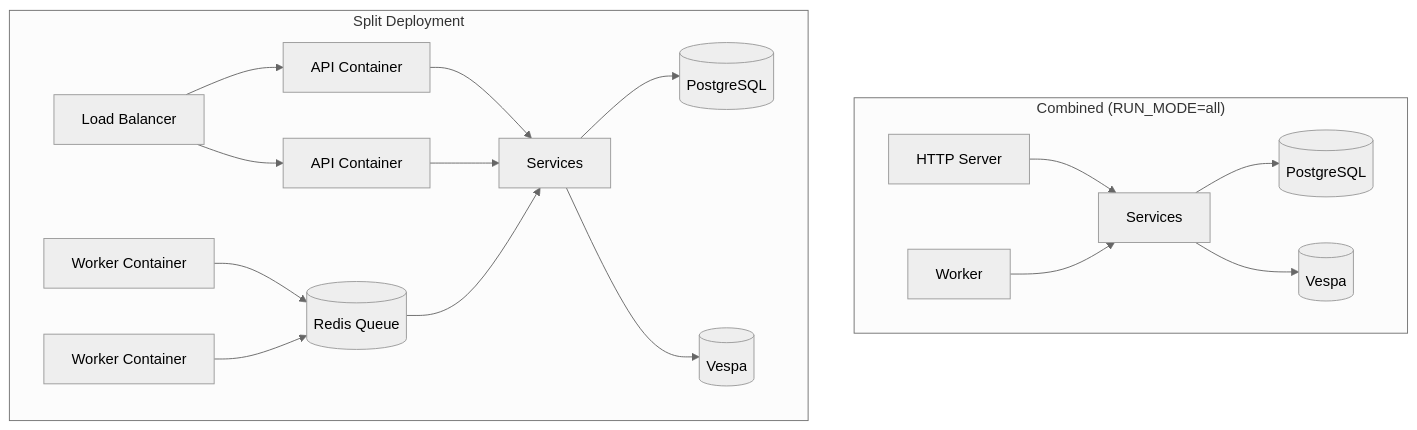
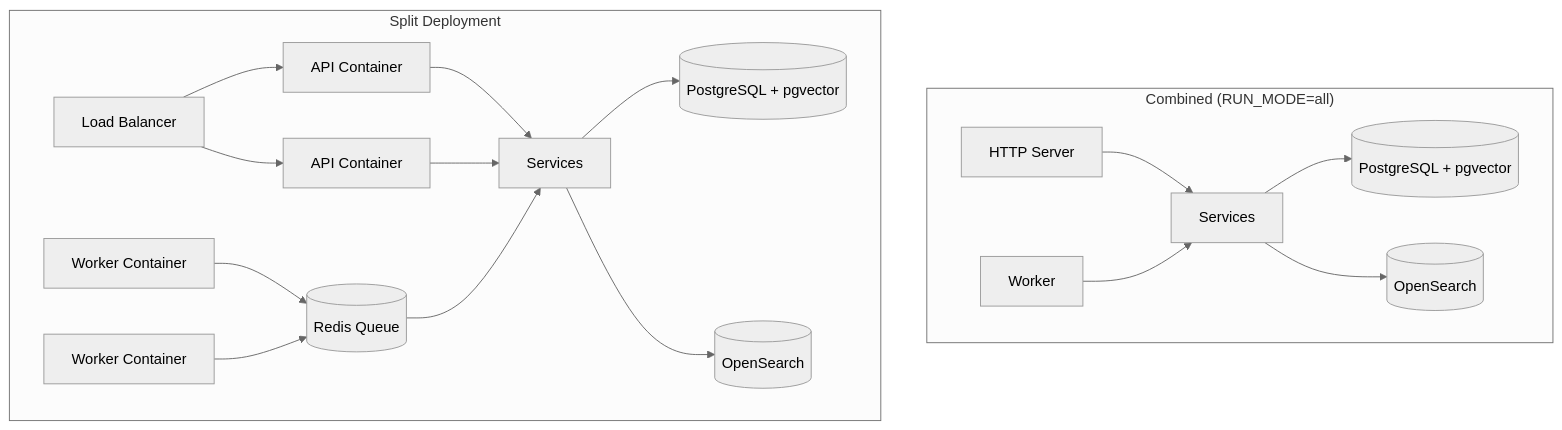
One commit to gurusheydeo/sercha-oss-docs changed the diagram in docs/core/architecture/run-modes/overview.md. Above: the diagram before and after it, drawn with Mermaid (neutral theme). The commit also changed other lines of this file and 45 other files, not shown here.

First line of the commit message:
docs: migrate documentation from Vespa to OpenSearch/pgvector

````diff
--- a/docs/core/architecture/run-modes/overview.md
+++ b/docs/core/architecture/run-modes/overview.md
@@ -40,22 +40,22 @@
 ```mermaid
 flowchart TB
     subgraph "Combined (RUN_MODE=all)"
         A1[HTTP Server] --> S1[Services]
         W1[Worker] --> S1
-        S1 --> D1[(PostgreSQL)]
-        S1 --> V1[(Vespa)]
+        S1 --> D1[(PostgreSQL + pgvector)]
+        S1 --> V1[(OpenSearch)]
     end
 
     subgraph "Split Deployment"
         LB[Load Balancer] --> A2a[API Container]
         LB --> A2b[API Container]
         A2a --> S2[Services]
         A2b --> S2
 
         W3a[Worker Container] --> Q[(Redis Queue)]
         W3b[Worker Container] --> Q
         Q --> S2
-        S2 --> D2[(PostgreSQL)]
-        S2 --> V2[(Vespa)]
+        S2 --> D2[(PostgreSQL + pgvector)]
+        S2 --> V2[(OpenSearch)]
     end
 ```
````
